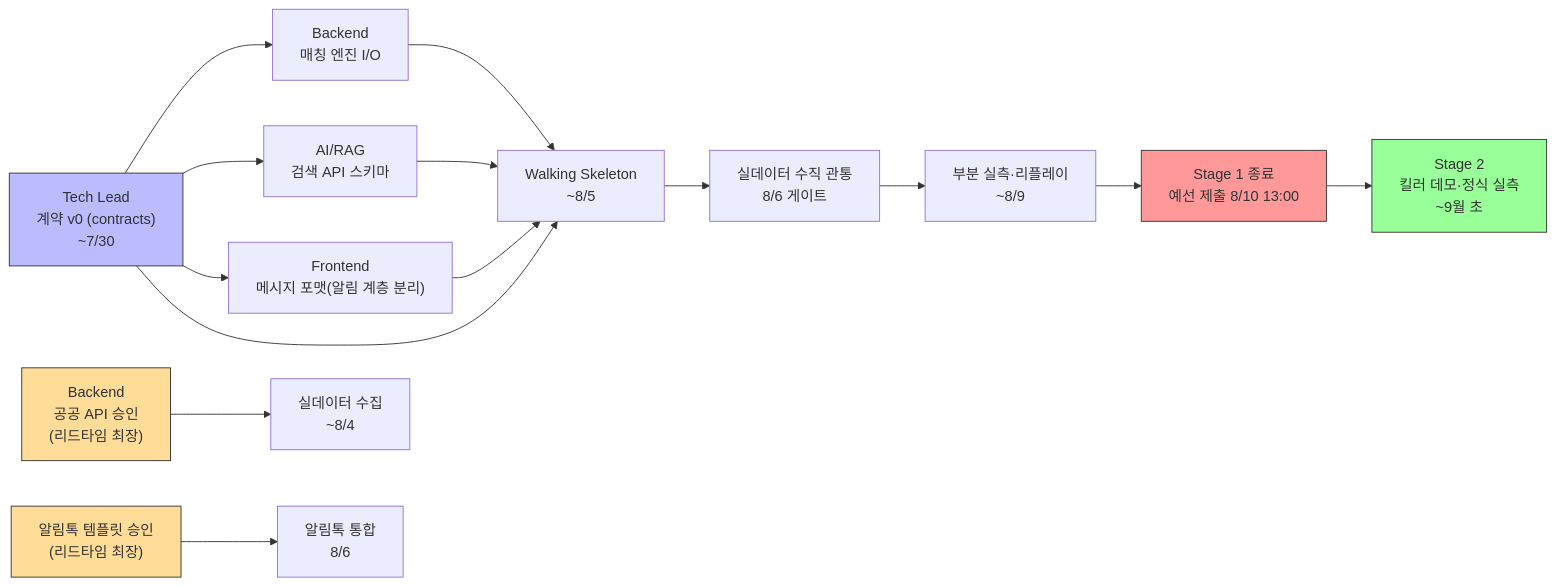
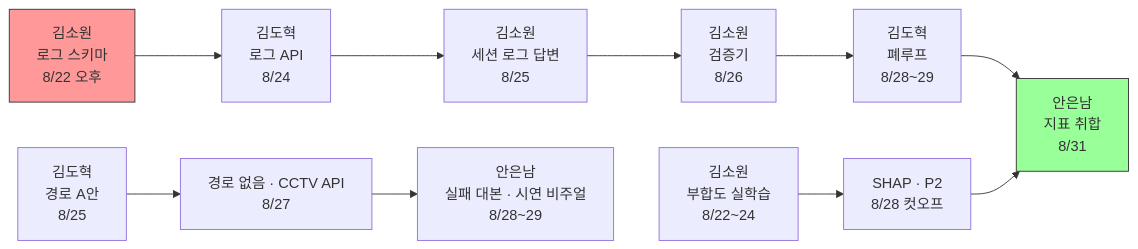
The diagram in docs/역할_일정/00-overall.md (team-savers/savers-project), drawn with Mermaid before and after one commit. The commit also changed other lines of this file and 41 other files, not shown here.

````diff
--- a/docs/역할_일정/00-overall.md
+++ b/docs/역할_일정/00-overall.md
@@ -111,24 +159,17 @@
 ```mermaid
 flowchart LR
-    T1["Tech Lead<br/>계약 v0 (contracts)<br/>~7/30"] --> B["Backend<br/>매칭 엔진 I/O"]
-    T1 --> R["AI/RAG<br/>검색 API 스키마"]
-    T1 --> F["Frontend<br/>메시지 포맷(알림 계층 분리)"]
-    T1 --> SK["Walking Skeleton<br/>~8/5"]
+    S["김소원<br/>로그 스키마<br/>8/22 오후"] --> A1["김도혁<br/>로그 API<br/>8/24"]
+    A1 --> A2["김소원<br/>세션 로그 답변<br/>8/25"]
+    A2 --> A3["김소원<br/>검증기<br/>8/26"]
+    A3 --> A4["김도혁<br/>폐루프<br/>8/28~29"]
+    A4 --> A5["안은남<br/>지표 취합<br/>8/31"]
 
-    APIapp["Backend<br/>공공 API 승인<br/>(리드타임 최장)"] --> B2["실데이터 수집<br/>~8/4"]
-    KAKAO["알림톡 템플릿 승인<br/>(리드타임 최장)"] --> F3["알림톡 통합<br/>8/6"]
+    B1["김소원<br/>부합도 실학습<br/>8/22~24"] --> B2["SHAP · P2<br/>8/28 컷오프"]
+    B2 --> A5
 
-    B --> SK
-    R --> SK
-    F --> SK
-    SK --> INT["실데이터 수직 관통<br/>8/6 게이트"]
-    INT --> EVAL["부분 실측·리플레이<br/>~8/9"]
-    EVAL --> SUB["Stage 1 종료<br/>예선 제출 8/10 13:00"]
-    SUB --> KILLER["Stage 2<br/>킬러 데모·정식 실측<br/>~9월 초"]
+    C1["김도혁<br/>경로 A안<br/>8/25"] --> C3["경로 없음 · CCTV API<br/>8/27"]
+    C3 --> C4["안은남<br/>실패 대본 · 시연 비주얼<br/>8/28~29"]
 
-    style T1 fill:#bbf,stroke:#333
-    style SUB fill:#f99,stroke:#333
-    style KILLER fill:#9f9,stroke:#333
-    style APIapp fill:#fd9,stroke:#333
-    style KAKAO fill:#fd9,stroke:#333
+    style S fill:#f99,stroke:#333
+    style A5 fill:#9f9,stroke:#333
 ```
````
